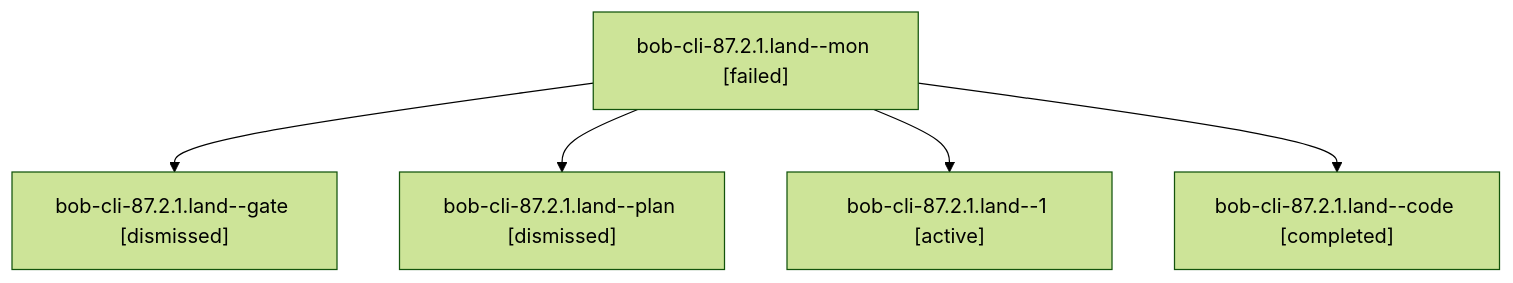
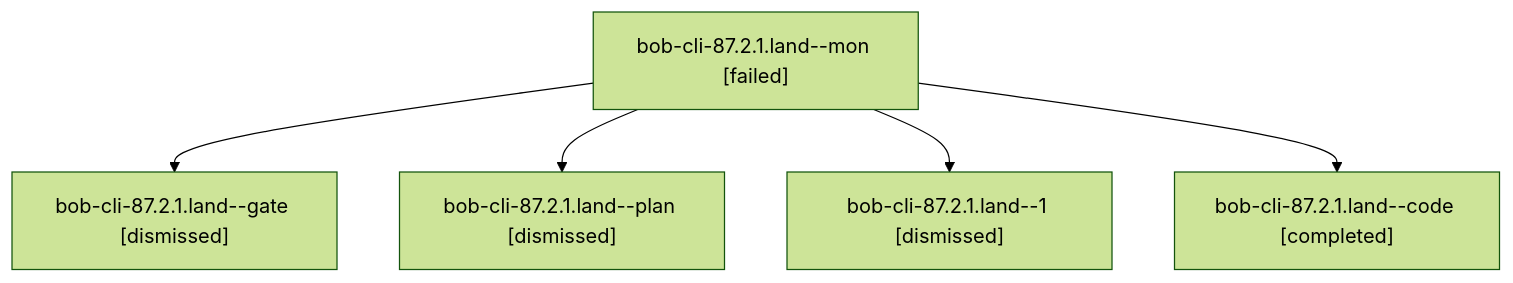
One commit to bobs-org/bob-cli--agents changed the diagram in sessions/bbugyi200.athena.bob-cli-87.2.1.land.md. Above: the diagram before and after it, drawn with Mermaid (forest theme). The commit also changed other lines of this file and 243 other files, not shown here.

````diff
--- a/sessions/bbugyi200.athena.bob-cli-87.2.1.land.md
+++ b/sessions/bbugyi200.athena.bob-cli-87.2.1.land.md
@@ -9,12 +9,12 @@
 ```mermaid
 flowchart TD
   n0["bob-cli-87.2.1.land--mon [failed]"]
   n1["bob-cli-87.2.1.land--gate [dismissed]"]
   n0 --> n1
   n2["bob-cli-87.2.1.land--plan [dismissed]"]
   n0 --> n2
-  n3["bob-cli-87.2.1.land--1 [active]"]
+  n3["bob-cli-87.2.1.land--1 [dismissed]"]
   n0 --> n3
   n4["bob-cli-87.2.1.land--code [completed]"]
   n0 --> n4
 ```
````
